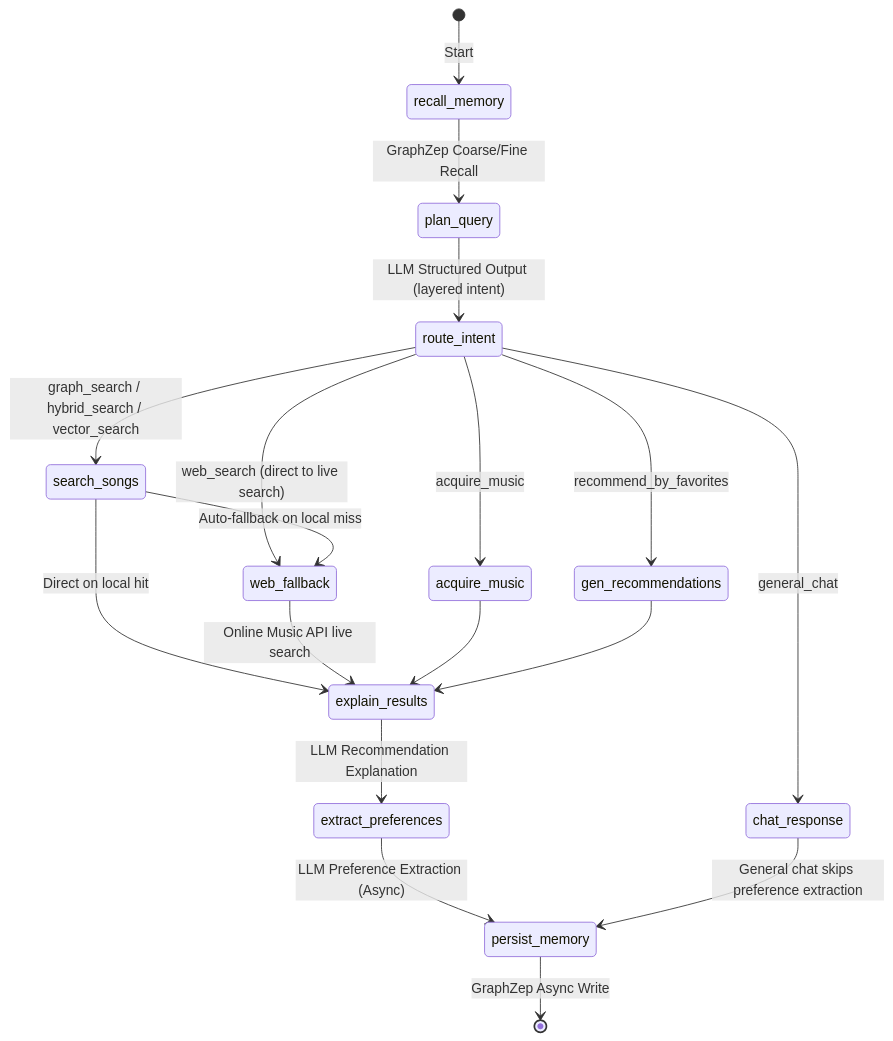
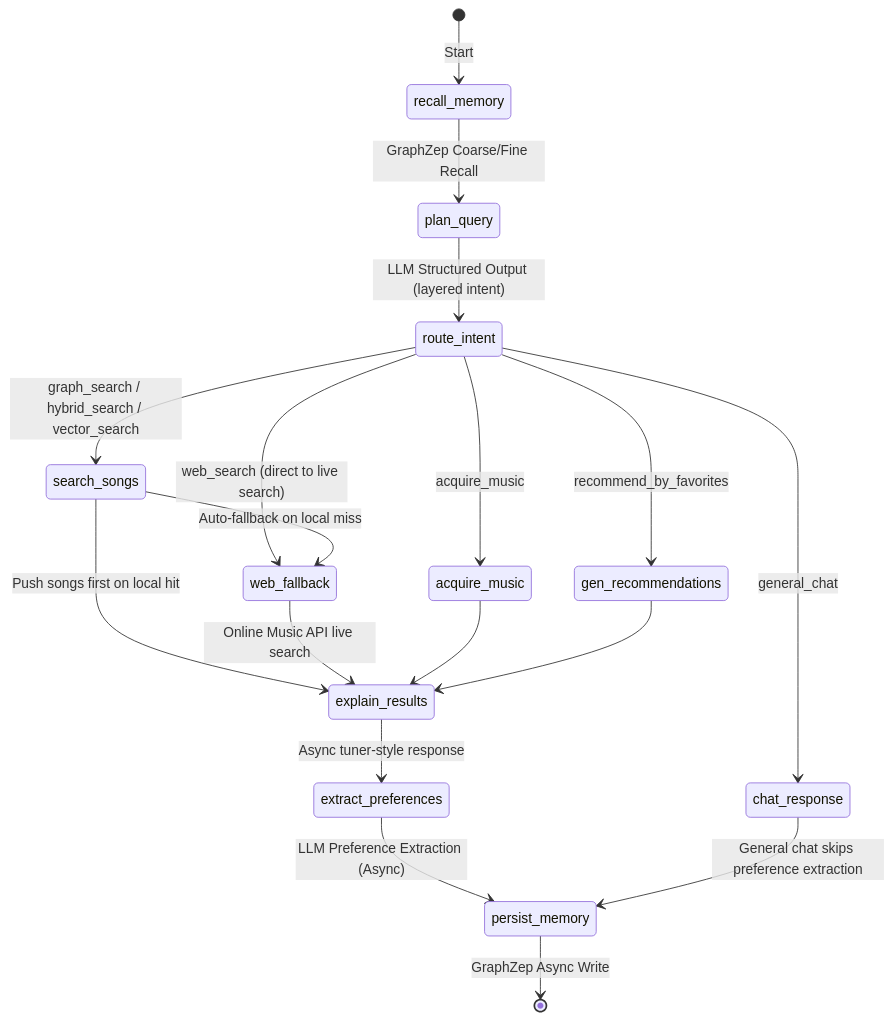
Before and after one commit to hgsanyang/SoulTuner-Agent: the first of 2 diagrams in README_EN.md, drawn with Mermaid. The commit also changed other lines of this file and 10 other files, not shown here.

Commit message:
feat: stream async tuner responses with richer refinement chips

````diff
--- a/README_EN.md
+++ b/README_EN.md
@@ -224,25 +226,25 @@
 ```mermaid
 stateDiagram-v2
     [*] --> recall_memory: Start
     recall_memory --> plan_query: GraphZep Coarse/Fine Recall
     plan_query --> route_intent: LLM Structured Output (layered intent)
 
     route_intent --> search_songs: graph_search / hybrid_search / vector_search
     route_intent --> web_fallback: web_search (direct to live search)
     route_intent --> chat_response: general_chat
     route_intent --> acquire_music: acquire_music
     route_intent --> gen_recommendations: recommend_by_favorites
 
     search_songs --> web_fallback: Auto-fallback on local miss
-    search_songs --> explain_results: Direct on local hit
+    search_songs --> explain_results: Push songs first on local hit
     web_fallback --> explain_results: Online Music API live search
     acquire_music --> explain_results
     gen_recommendations --> explain_results
 
-    explain_results --> extract_preferences: LLM Recommendation Explanation
+    explain_results --> extract_preferences: Async tuner-style response
     extract_preferences --> persist_memory: LLM Preference Extraction (Async)
 
     chat_response --> persist_memory: General chat skips preference extraction
 
     persist_memory --> [*]: GraphZep Async Write
 ```
````
